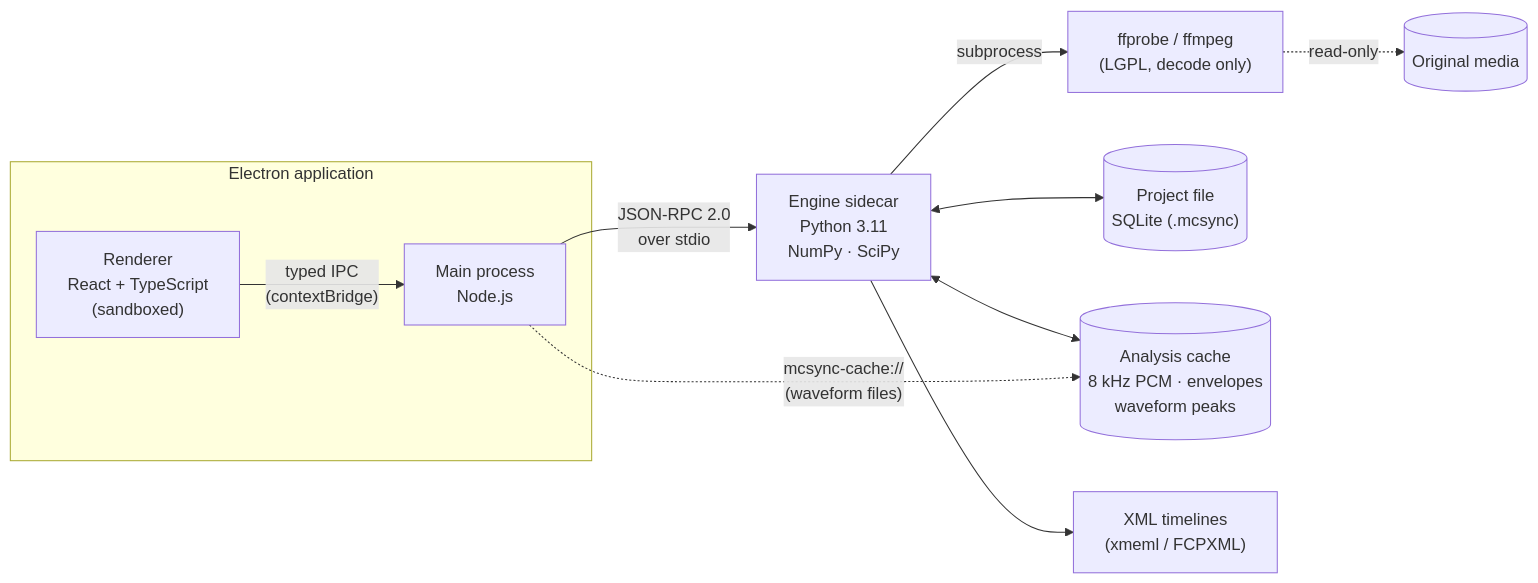
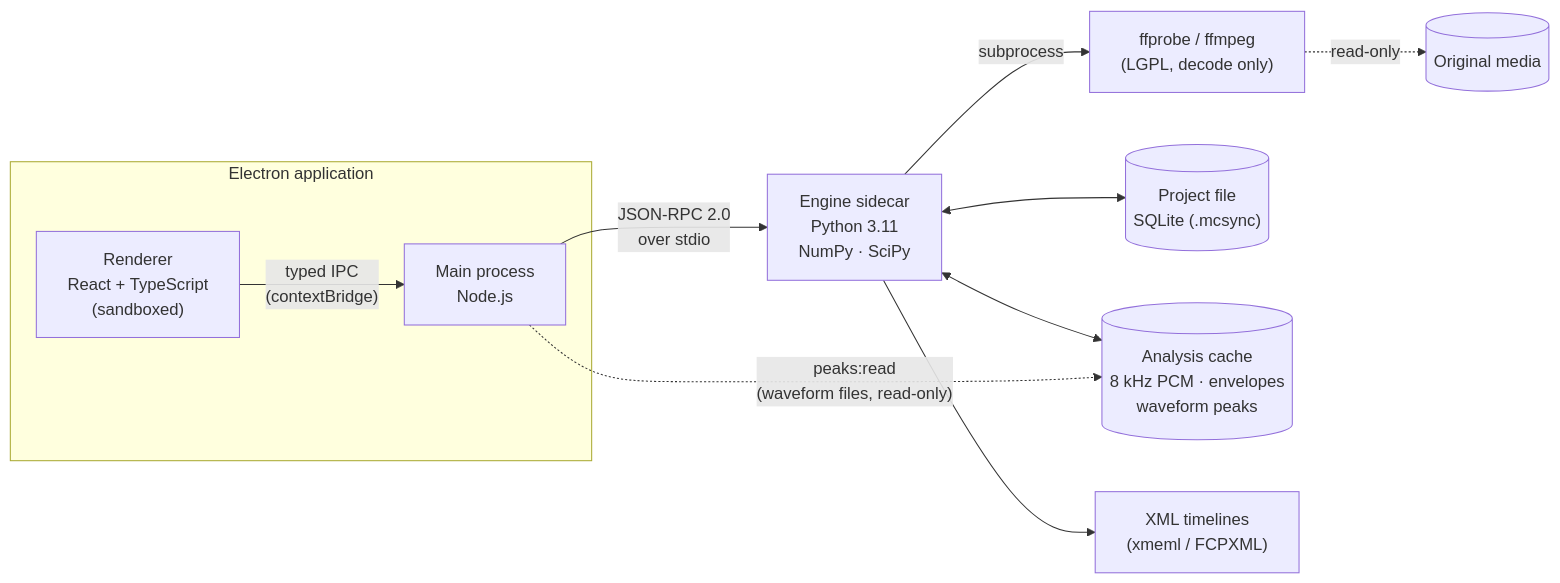
The first of 2 diagrams in docs/ARCHITECTURE.md (ZABRONMGAYA/ZABRONMGAYA), drawn with Mermaid before and after one commit. The commit also changed other lines of this file and 49 other files, not shown here.

````diff
--- a/docs/ARCHITECTURE.md
+++ b/docs/ARCHITECTURE.md
@@ -24,15 +24,15 @@
 ```mermaid
 flowchart LR
     subgraph app["Electron application"]
         R["Renderer<br/>React + TypeScript<br/>(sandboxed)"]
         M["Main process<br/>Node.js"]
         R -- "typed IPC<br/>(contextBridge)" --> M
     end
     M -- "JSON-RPC 2.0<br/>over stdio" --> E["Engine sidecar<br/>Python 3.11<br/>NumPy · SciPy"]
     E -- "subprocess" --> F["ffprobe / ffmpeg<br/>(LGPL, decode only)"]
     F -. "read-only" .-> MEDIA[("Original media")]
     E <--> DB[("Project file<br/>SQLite (.mcsync)")]
     E <--> C[("Analysis cache<br/>8 kHz PCM · envelopes<br/>waveform peaks")]
-    M -. "mcsync-cache://<br/>(waveform files)" .-> C
+    M -. "peaks:read<br/>(waveform files, read-only)" .-> C
     E --> X["XML timelines<br/>(xmeml / FCPXML)"]
 ```
````
